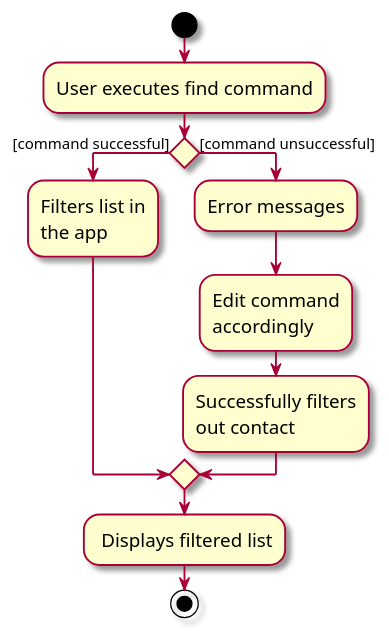
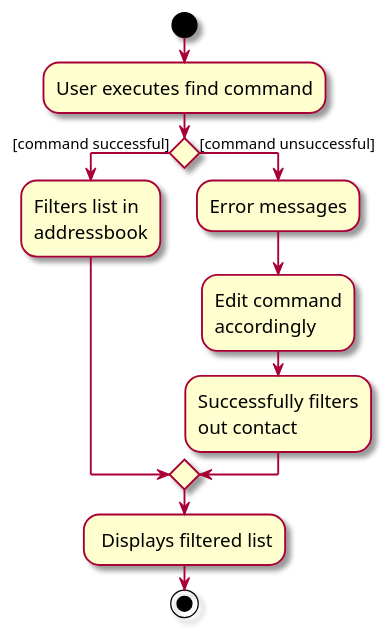
The diagram in docs/diagrams/FindCommandActivityDiagram.puml (tengcharmaine/tp), drawn with PlantUML before and after one commit.

```diff
--- a/docs/diagrams/FindCommandActivityDiagram.puml
+++ b/docs/diagrams/FindCommandActivityDiagram.puml
@@ -1,23 +1,23 @@
 @startuml
 skin rose
 skinparam ActivityFontSize 15
 skinparam ArrowFontSize 12
 start
 :User executes find command;
 
 'Since the beta syntax does not support placing the condition outside the
 'diamond we place it as the true branch instead.
 
 if () then ([command successful])
     :Filters list in
-    the app;
+    addressbook;
 else ([command unsuccessful])
     :Error messages;
     :Edit command
     accordingly;
     :Successfully filters
     out contact;
 endif
 : Displays filtered list;
 stop
 @enduml
```
